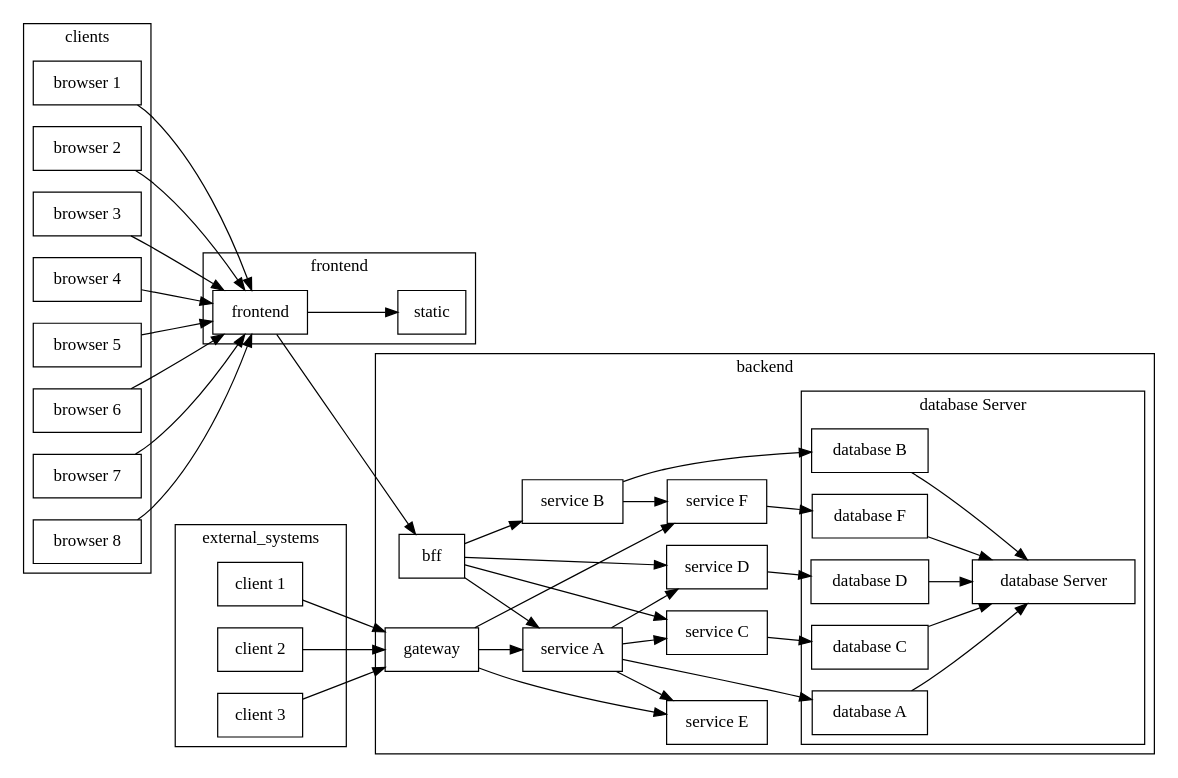
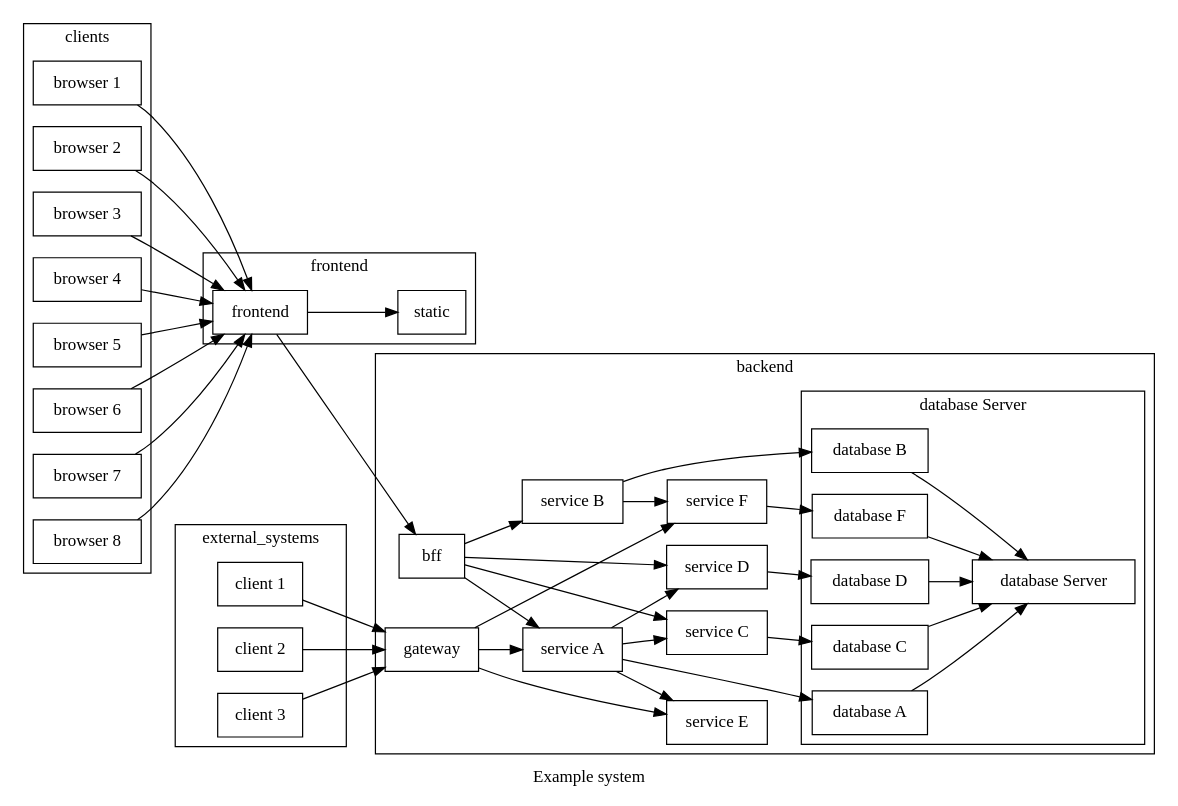
One commit to vetcher/pretty-deps changed the diagram in static/example.dot. Above: the diagram before and after it, drawn with Graphviz. The commit also changed 3 other files, not shown here.

```diff
--- a/static/example.dot
+++ b/static/example.dot
@@ -1,83 +1,84 @@
-digraph {
+digraph "Example system" {
+    label="Example system";
     node [shape = box];
     graph [rankdir = "LR", overlap=false];
     edge [dirType = forward];
     subgraph "cluster_backend" {
         label="backend";
         bff;
         gateway;
         "service A";
         "service B";
         "service C";
         "service D";
         "service E";
         "service F";
 
         bff -> "service A";
         bff -> "service B";
         bff -> "service C";
         bff -> "service D";
         gateway -> "service A";
         gateway -> "service E";
         gateway -> "service F";
         "service A" -> "service C";
         "service A" -> "service D";
         "service A" -> "service E";
         "service B" -> "service F";
         subgraph "cluster_database" {
             label="database Server";
             "database A";
             "database B";
             "database C";
             "database D";
             "database F";
             "database Server";
         }
         "service A" -> "database A";
         "service B" -> "database B";
         "service C" ->  "database C";
         "service D" -> "database D";
         "service F" -> "database F";
         "database A" -> "database Server";
         "database B" -> "database Server";
         "database C" -> "database Server";
         "database D" -> "database Server";
         "database F" -> "database Server";
     }
     subgraph "cluster_frontend" {
         label="frontend";
         frontend;
         static;
         frontend -> static;
     }
     subgraph "cluster_external_systems" {
         label="external_systems";
         "client 1";
         "client 2";
         "client 3";
     }
     subgraph "cluster_clients" {
         label="clients";
         "browser 1";
         "browser 2";
         "browser 3";
         "browser 4";
         "browser 5";
         "browser 6";
         "browser 7";
         "browser 8";
     }
     "database Server";
     "browser 1" -> frontend;
     "browser 2" -> frontend;
     "browser 3" -> frontend;
     "browser 4" -> frontend;
     "browser 5" -> frontend;
     "browser 6" -> frontend;
     "browser 7" -> frontend;
     "browser 8" -> frontend;
     "client 1" -> gateway;
     "client 2" -> gateway;
     "client 3" -> gateway;
     frontend -> bff;
 }
```
